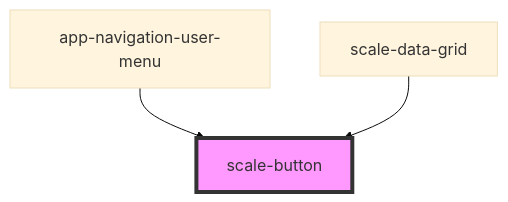
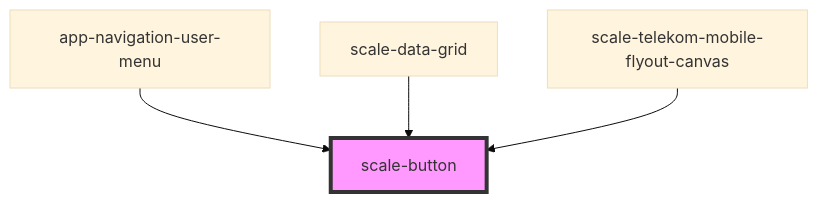
One commit to telekom/scale changed the diagram in packages/components/src/components/button/readme.md. Above: the diagram before and after it, drawn with Mermaid (base theme). The commit also changed other lines of this file and 7 other files, not shown here.

Commit message:
feat: rename telekom-mobile-menu-z placeholder to -mobile-flyout-canvas, add some styles

````diff
--- a/packages/components/src/components/button/readme.md
+++ b/packages/components/src/components/button/readme.md
@@ -48,6 +49,7 @@
 ```mermaid
 graph TD;
   app-navigation-user-menu --> scale-button
   scale-data-grid --> scale-button
+  scale-telekom-mobile-flyout-canvas --> scale-button
   style scale-button fill:#f9f,stroke:#333,stroke-width:4px
 ```
````
